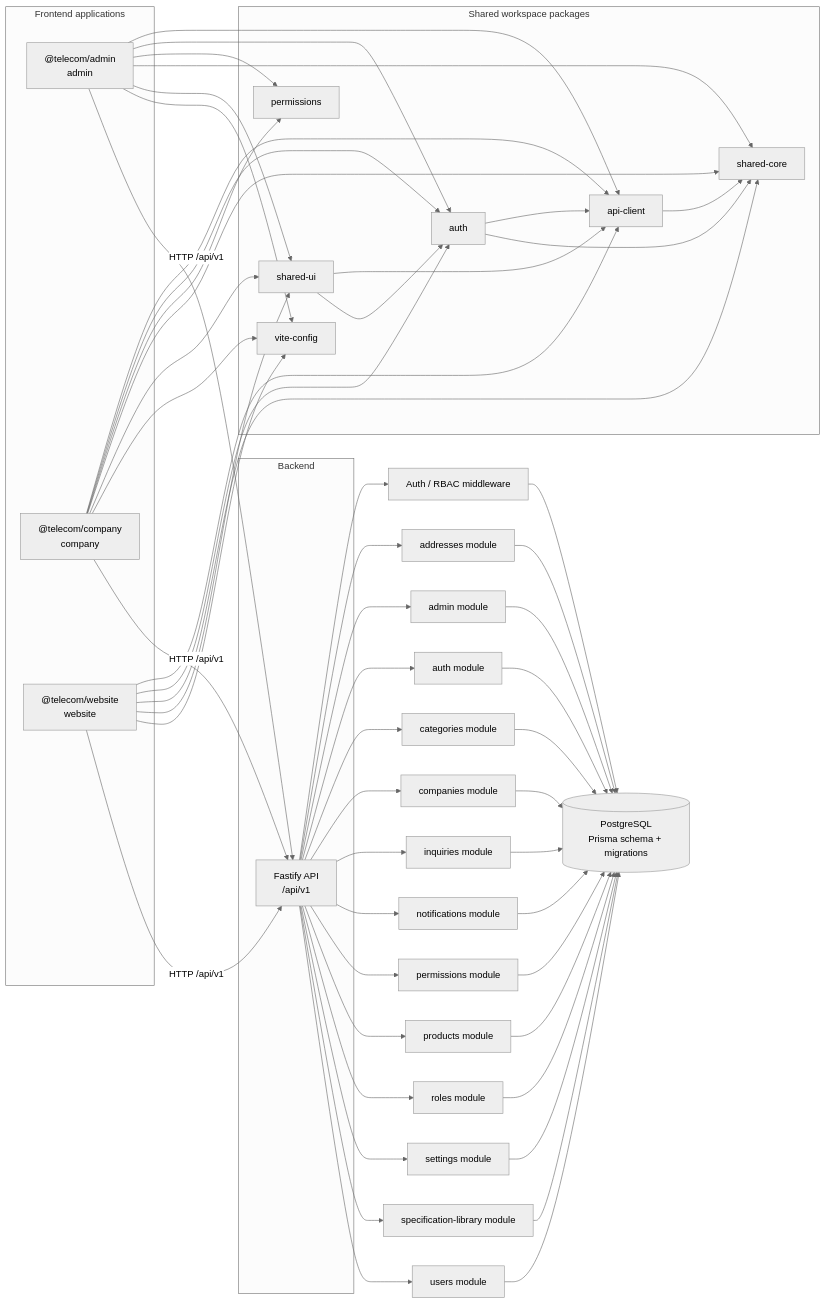
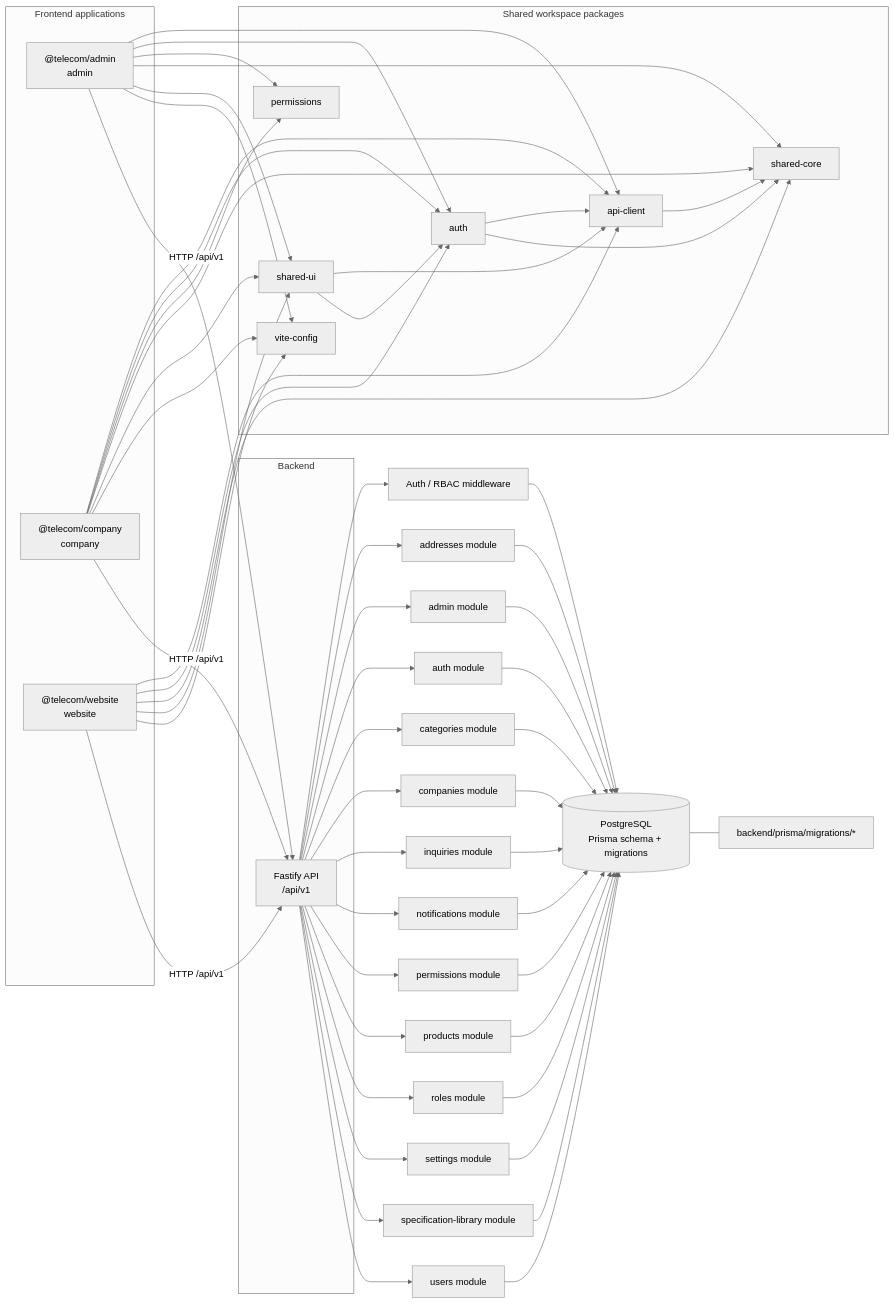
The diagram in docs/architecture/DEPENDENCY_GRAPH.generated.mmd (gameacc2025/martest), drawn with Mermaid (neutral theme) before and after one commit.

Commit message:
chore(architecture): regenerate dependency graph

```diff
--- a/docs/architecture/DEPENDENCY_GRAPH.generated.mmd
+++ b/docs/architecture/DEPENDENCY_GRAPH.generated.mmd
@@ -1,73 +1,74 @@
 %% GENERATED FILE. Do not edit by hand.
 %% Run: node scripts/generate-architecture-graph.mjs --write
 flowchart LR
   subgraph apps["Frontend applications"]
     admin["@telecom/admin<br/>admin"]
     company["@telecom/company<br/>company"]
     website["@telecom/website<br/>website"]
   end
   subgraph shared["Shared workspace packages"]
     api_client["api-client"]
     auth["auth"]
     permissions["permissions"]
     shared_core["shared-core"]
     shared_ui["shared-ui"]
     vite_config["vite-config"]
   end
   subgraph backend["Backend"]
     api["Fastify API<br/>/api/v1"]
   end
   db[("PostgreSQL<br/>Prisma schema + migrations")]
   admin --> api_client
   admin --> auth
   admin --> permissions
   admin --> shared_core
   admin --> shared_ui
   admin --> vite_config
   company --> api_client
   company --> auth
   company --> permissions
   company --> shared_core
   company --> shared_ui
   company --> vite_config
   website --> api_client
   website --> auth
   website --> shared_core
   website --> shared_ui
   website --> vite_config
   api_client --> shared_core
   auth --> api_client
   auth --> shared_core
   shared_ui --> api_client
   shared_ui --> auth
   admin -->|HTTP /api/v1| api
   company -->|HTTP /api/v1| api
   website -->|HTTP /api/v1| api
   api --> rbac["Auth / RBAC middleware"]
   api --> mod_addresses["addresses module"]
   api --> mod_admin["admin module"]
   api --> mod_auth["auth module"]
   api --> mod_categories["categories module"]
   api --> mod_companies["companies module"]
   api --> mod_inquiries["inquiries module"]
   api --> mod_notifications["notifications module"]
   api --> mod_permissions["permissions module"]
   api --> mod_products["products module"]
   api --> mod_roles["roles module"]
   api --> mod_settings["settings module"]
   api --> mod_specification_library["specification-library module"]
   api --> mod_users["users module"]
   rbac --> db
   mod_addresses --> db
   mod_admin --> db
   mod_auth --> db
   mod_categories --> db
   mod_companies --> db
   mod_inquiries --> db
   mod_notifications --> db
   mod_permissions --> db
   mod_products --> db
   mod_roles --> db
   mod_settings --> db
   mod_specification_library --> db
   mod_users --> db
+  db --- migrations["backend/prisma/migrations/*"]
```
